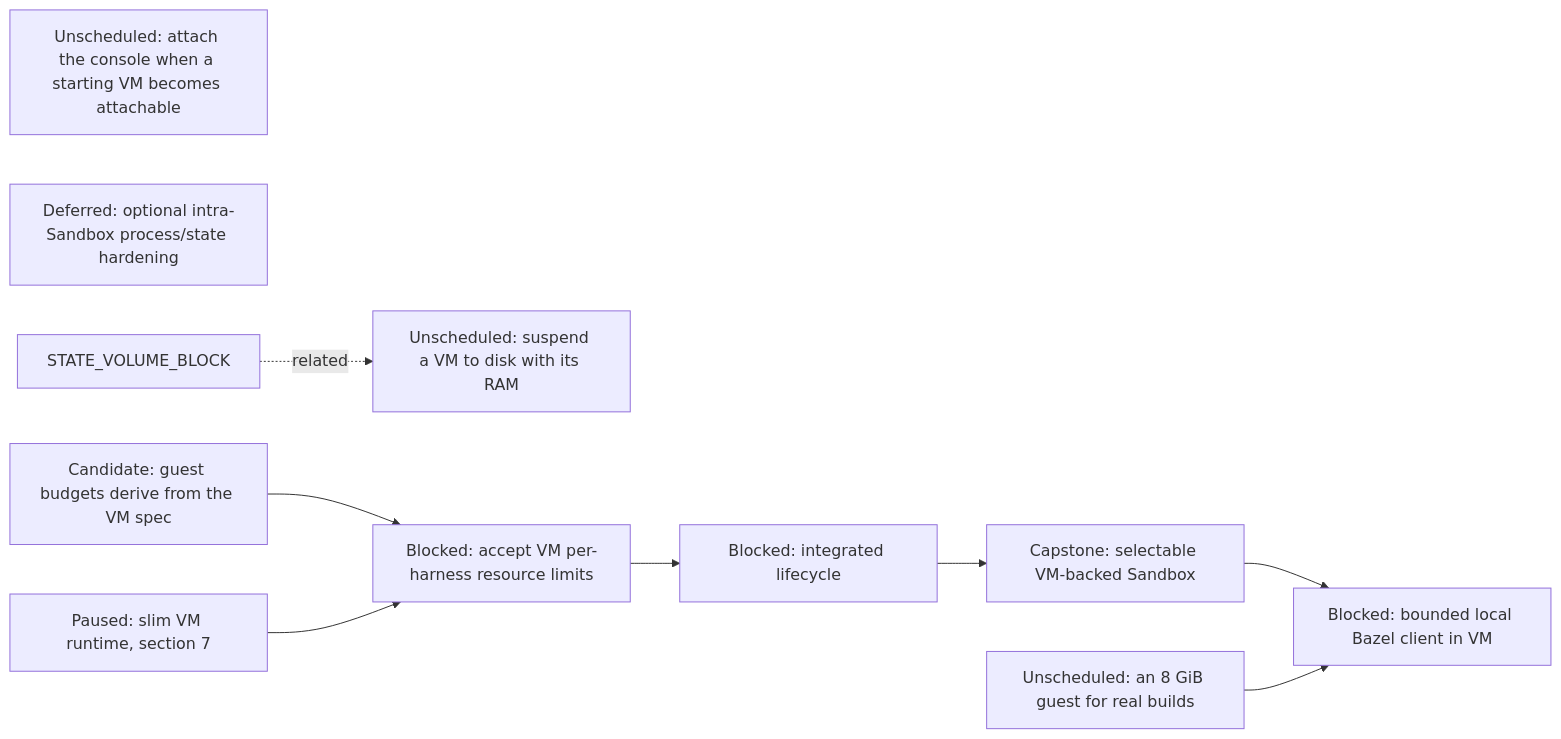
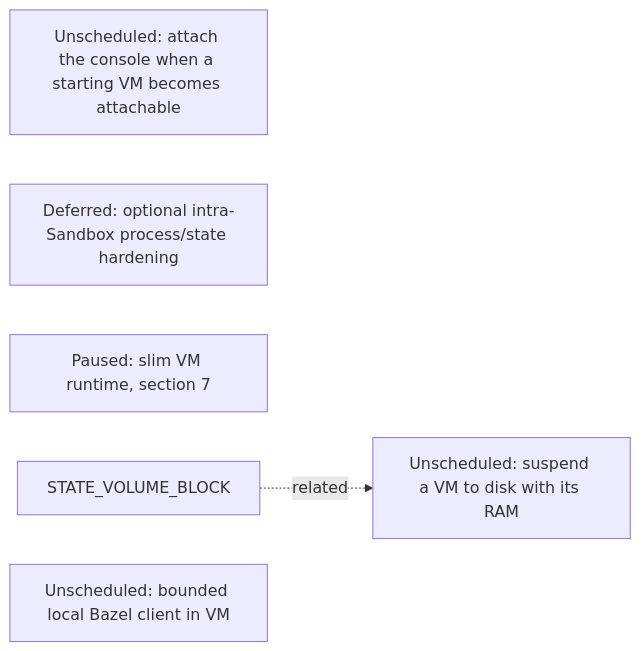
One commit to agentydragon-agent/ducktape changed the seventh of 19 diagrams in agentplane/plans/task_dag.md. Above: the diagram before and after it, drawn with Mermaid. The commit also changed other lines of this file and 5 other files, not shown here.

````diff
--- a/agentplane/plans/task_dag.md
+++ b/agentplane/plans/task_dag.md
@@ -505,18 +508,9 @@
 ```mermaid
 flowchart LR
     VM_RAM_SUSPEND[Unscheduled: suspend a VM to disk with its RAM]
     VM_CONSOLE_DEFERRED_ATTACH[Unscheduled: attach the console when a starting VM becomes attachable]
-    VM_HARNESS_RESOURCE_LIMITS[Blocked: accept VM per-harness resource limits]
     VM_INTRA_SANDBOX_HARDENING[Deferred: optional intra-Sandbox process/state hardening]
     RUNNER_LAYERING_VM[Paused: slim VM runtime, section 7]
-    VM_LIFECYCLE[Blocked: integrated lifecycle]
     STATE_VOLUME_BLOCK -. related .-> VM_RAM_SUSPEND
-    VM_HARNESS_RESOURCE_LIMITS --> VM_LIFECYCLE
-    VM_GUEST_BUDGET_DERIVE --> VM_HARNESS_RESOURCE_LIMITS
-    RUNNER_LAYERING_VM --> VM_HARNESS_RESOURCE_LIMITS
-    VM_LIFECYCLE --> SANDBOX_VM_ISOLATION[Capstone: selectable VM-backed Sandbox]
-    VM_GUEST_MEMORY[Unscheduled: an 8 GiB guest for real builds]
-    VM_GUEST_BUDGET_DERIVE[Candidate: guest budgets derive from the VM spec]
-    SANDBOX_VM_ISOLATION --> LOCAL_BAZEL[Blocked: bounded local Bazel client in VM]
-    VM_GUEST_MEMORY --> LOCAL_BAZEL
+    LOCAL_BAZEL[Unscheduled: bounded local Bazel client in VM]
 ```
````
